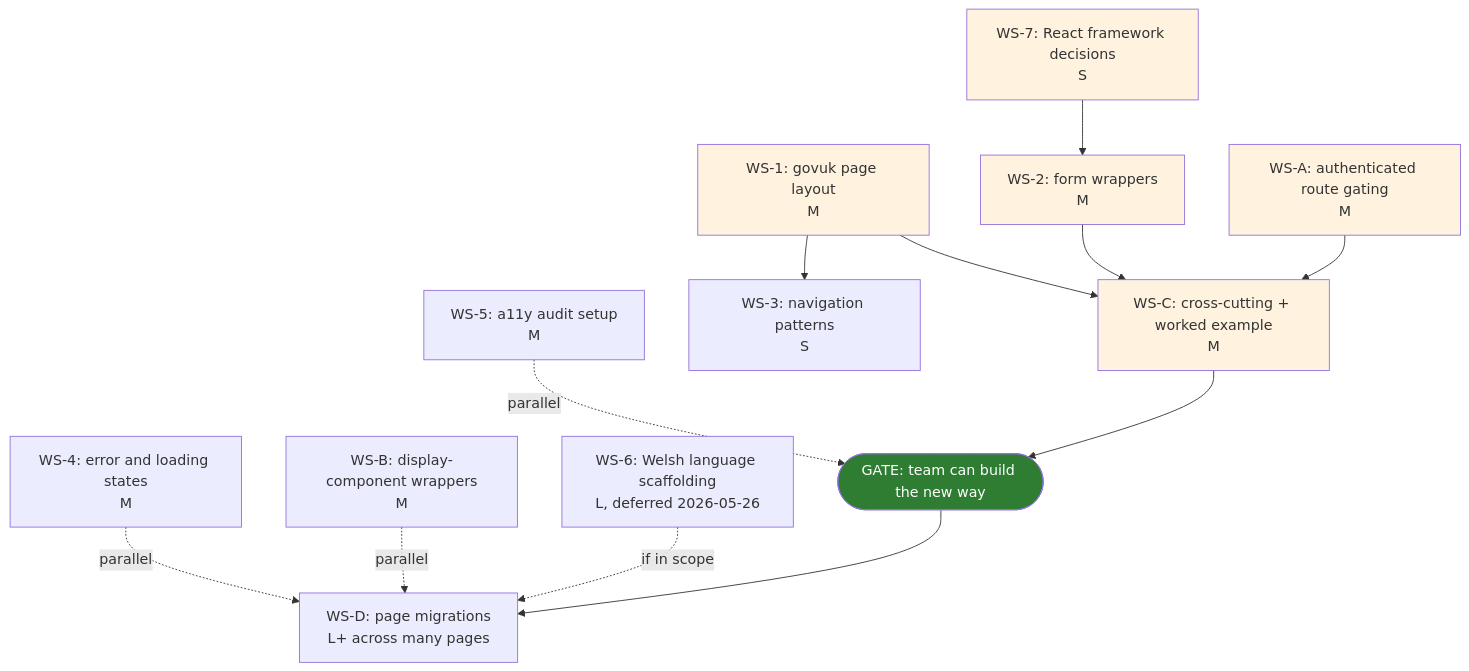
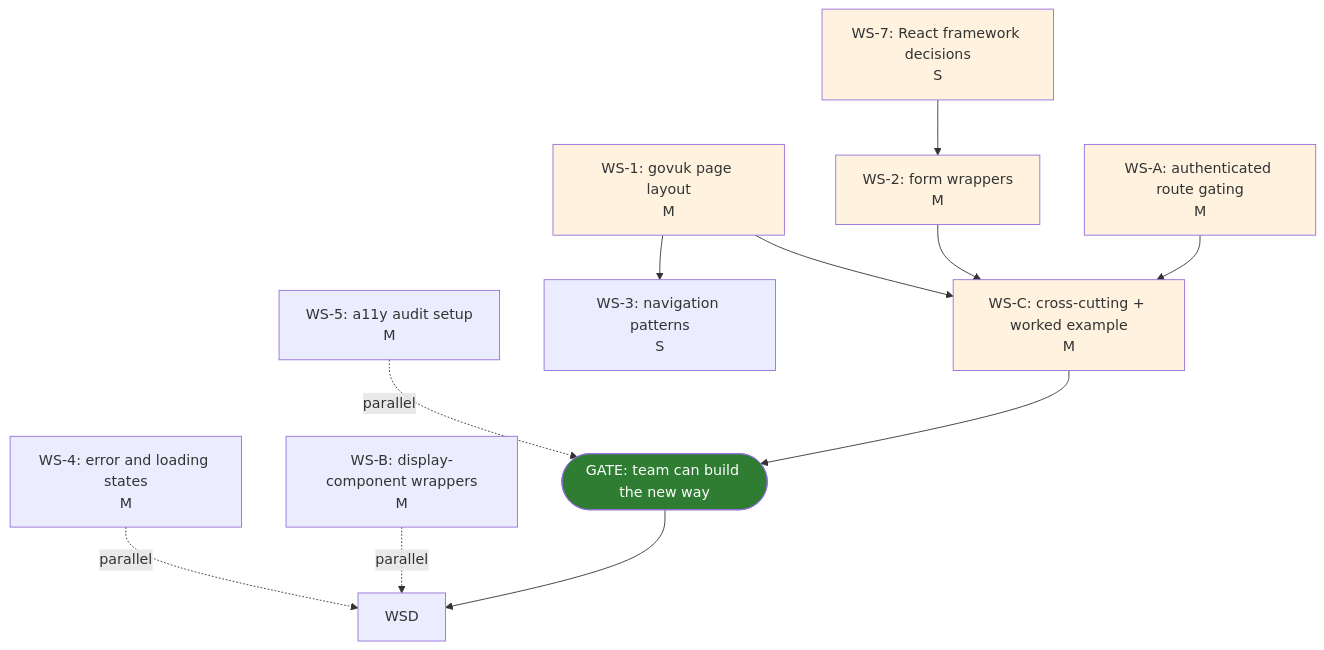
Before and after one commit to communitiesuk/localai-local-transcribe: the diagram in documentation/critical-path-analysis.md, drawn with Mermaid. The commit also changed other lines of this file and 1 other file, not shown here.

````diff
--- a/documentation/critical-path-analysis.md
+++ b/documentation/critical-path-analysis.md
@@ -54,35 +52,32 @@
 ```mermaid
 graph TD
     WS7[WS-7: React framework decisions<br/>S]
     WS1[WS-1: govuk page layout<br/>M]
     WS5[WS-5: a11y audit setup<br/>M]
     WS2[WS-2: form wrappers<br/>M]
     WS3[WS-3: navigation patterns<br/>S]
     WS4[WS-4: error and loading states<br/>M]
     WSA[WS-A: authenticated route gating<br/>M]
     WSB[WS-B: display-component wrappers<br/>M]
     WSC[WS-C: cross-cutting + worked example<br/>M]
-    WS6[WS-6: Welsh language scaffolding<br/>L, deferred 2026-05-26]
-    WSD[WS-D: page migrations<br/>L+ across many pages]
     GATE([GATE: team can build the new way])
 
     WS7 --> WS2
     WS1 --> WS3
     WS1 --> WSC
     WS2 --> WSC
     WSA --> WSC
     WSC --> GATE
     GATE --> WSD
 
     WS5 -. parallel .-> GATE
     WS4 -. parallel .-> WSD
     WSB -. parallel .-> WSD
-    WS6 -. if in scope .-> WSD
 
     style GATE fill:#2e7d32,color:#fff
     style WS7 fill:#fff3e0
     style WS1 fill:#fff3e0
     style WS2 fill:#fff3e0
     style WSA fill:#fff3e0
     style WSC fill:#fff3e0
 ```
````
